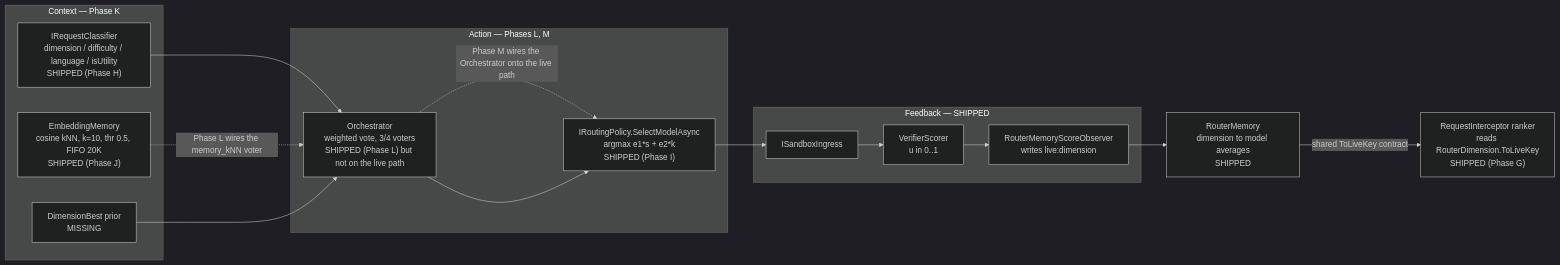
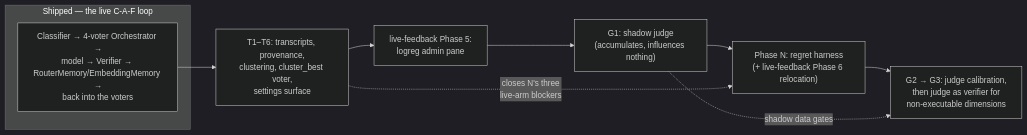
One commit to davidpizon/TotallyHot-ArcRouter changed the diagram in src/PLAN.md. Above: the diagram before and after it, drawn with Mermaid (dark theme). The commit also changed other lines of this file and 8 other files, not shown here.

First line of the commit message:
Reconcile plans and roadmaps: fix staleness, restructure PLAN.md

````diff
--- a/src/PLAN.md
+++ b/src/PLAN.md
@@ -18,33 +45,16 @@
 ```mermaid
 flowchart LR
-    subgraph CTX["Context — Phase K"]
-        CLS["IRequestClassifier<br/>dimension / difficulty / language / isUtility<br/>SHIPPED (Phase H)"]
-        MEM["EmbeddingMemory<br/>cosine kNN, k=10, thr 0.5, FIFO 20K<br/>SHIPPED (Phase J)"]
-        PRIOR["DimensionBest prior<br/>MISSING"]
+    subgraph shipped["Shipped — the live C-A-F loop"]
+        LOOP["Classifier → 4-voter Orchestrator →<br/>model → Verifier → RouterMemory/EmbeddingMemory →<br/>back into the voters"]
     end
 
-    subgraph ACT["Action — Phases L, M"]
-        ORC["Orchestrator<br/>weighted vote, 3/4 voters<br/>SHIPPED (Phase L) but not on the live path"]
-        POL["IRoutingPolicy.SelectModelAsync<br/>argmax e1*s + e2*k<br/>SHIPPED (Phase I)"]
-    end
+    T["T1–T6: transcripts, provenance,<br/>clustering, cluster_best voter,<br/>settings surface"]
+    P5["live-feedback Phase 5:<br/>logreg admin pane"]
+    G1["G1: shadow judge<br/>(accumulates, influences nothing)"]
+    N["Phase N: regret harness<br/>(+ live-feedback Phase 6 relocation)"]
+    G23["G2 → G3: judge calibration,<br/>then judge as verifier for<br/>non-executable dimensions"]
 
-    subgraph FB["Feedback — SHIPPED"]
-        ING["ISandboxIngress"]
-        VER["VerifierScorer<br/>u in 0..1"]
-        OBS["RouterMemoryScoreObserver<br/>writes live:dimension"]
-    end
-
-    RM["RouterMemory<br/>dimension to model averages<br/>SHIPPED"]
-    RI["RequestInterceptor ranker<br/>reads RouterDimension.ToLiveKey<br/>SHIPPED (Phase G)"]
-
-    CLS --> ORC
-    MEM -.->|"Phase L wires the memory_kNN voter"| ORC
-    ORC -.->|"Phase M wires the Orchestrator onto the live path"| POL
-    PRIOR --> ORC
-    ORC --> POL
-    POL --> ING
-    ING --> VER
-    VER --> OBS
-    OBS --> RM
-    RM -->|"shared ToLiveKey contract"| RI
+    LOOP --> T --> P5 --> G1 --> N --> G23
+    T -.->|"closes N's three<br/>live-arm blockers"| N
+    G1 -.->|"shadow data gates"| G23
 ```
````
